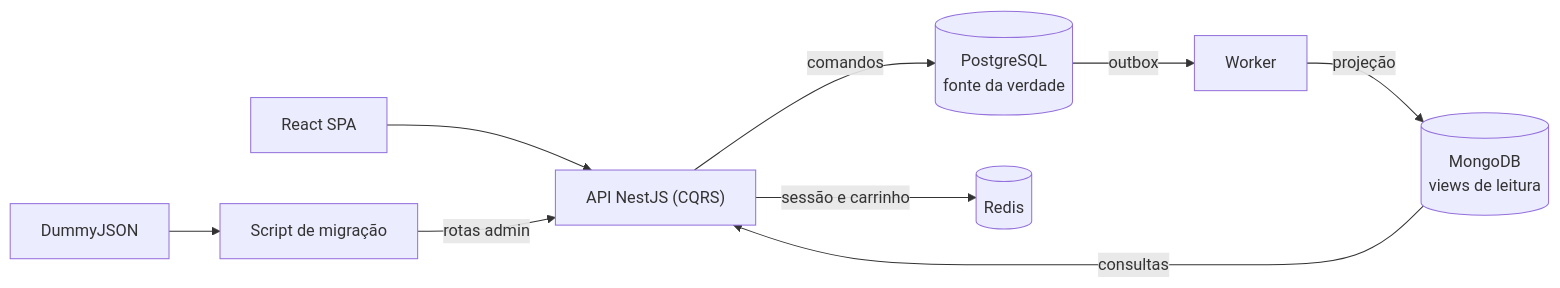
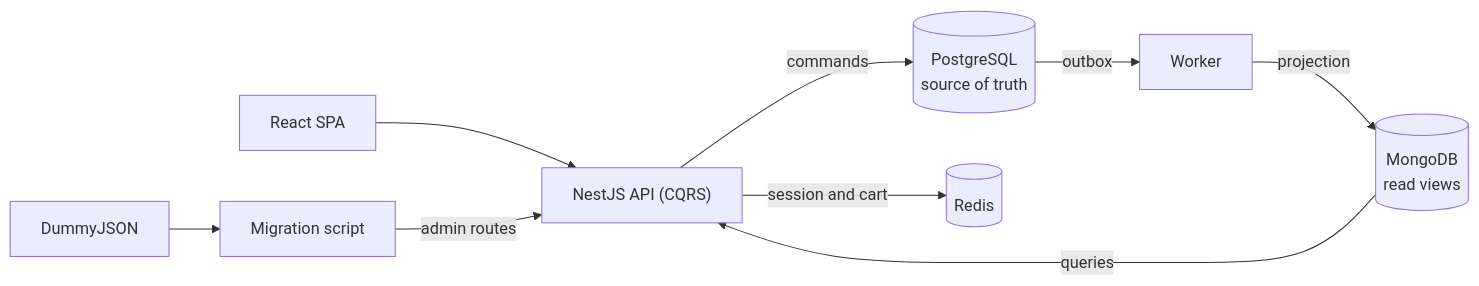
The diagram in docs/backend/README.md (SammuelGR/mercadummy), drawn with Mermaid before and after one commit. The commit also changed other lines of this file and 12 other files, not shown here.

Commit message:
docs: simplify order flow and DummyJSON import, translate backend docs to English

````diff
--- a/docs/backend/README.md
+++ b/docs/backend/README.md
@@ -23,11 +22,11 @@
 ```mermaid
 flowchart LR
-    FRONT["React SPA"] --> API["API NestJS (CQRS)"]
-    API -->|comandos| PG[("PostgreSQL<br/>fonte da verdade")]
-    API -->|sessão e carrinho| REDIS[("Redis")]
+    FRONT["React SPA"] --> API["NestJS API (CQRS)"]
+    API -->|commands| PG[("PostgreSQL<br/>source of truth")]
+    API -->|session and cart| REDIS[("Redis")]
     PG -->|outbox| WORKER["Worker"]
-    WORKER -->|projeção| MONGO[("MongoDB<br/>views de leitura")]
-    MONGO -->|consultas| API
-    DUMMY["DummyJSON"] --> SCRIPT["Script de migração"]
-    SCRIPT -->|rotas admin| API
+    WORKER -->|projection| MONGO[("MongoDB<br/>read views")]
+    MONGO -->|queries| API
+    DUMMY["DummyJSON"] --> SCRIPT["Migration script"]
+    SCRIPT -->|admin routes| API
 ```
````
